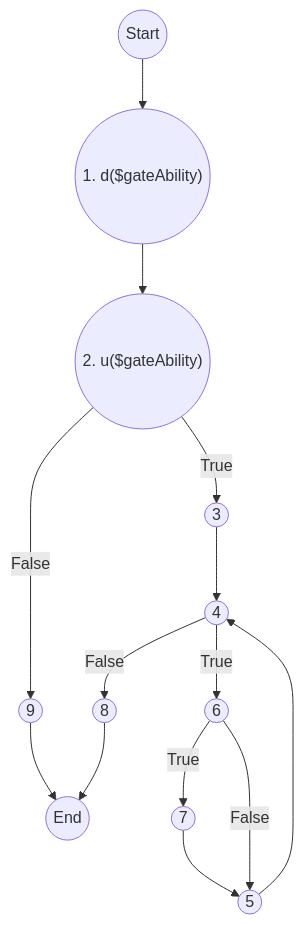
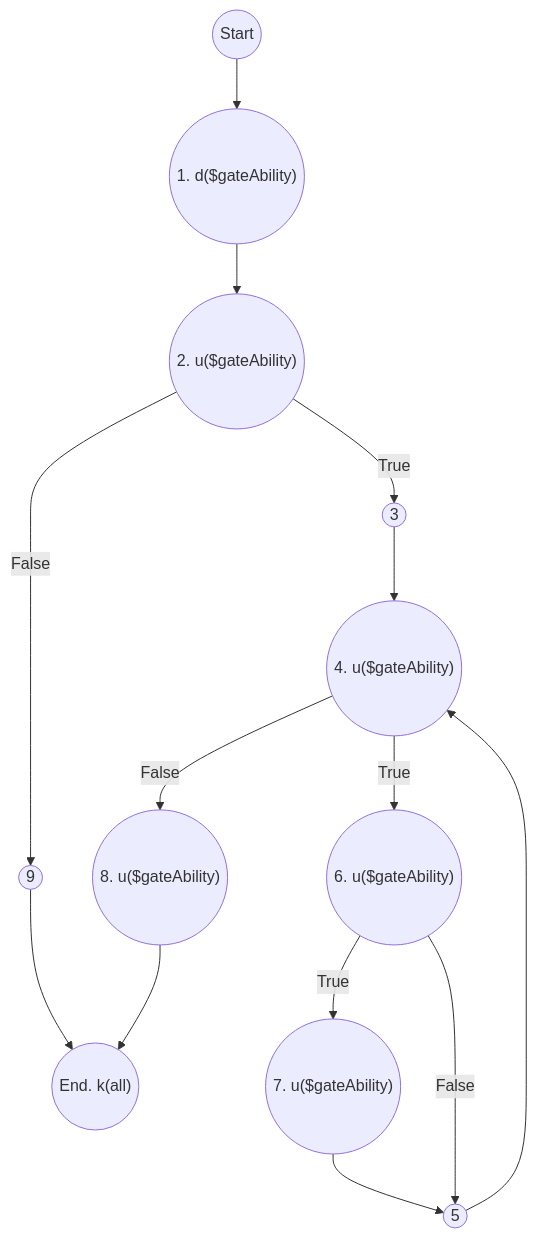
One commit to tienminhvy/ghnotes changed the second of 3 diagrams in _posts/2023-11-29-KTPM.md. Above: the diagram before and after it, drawn with Mermaid. The commit also changed other lines of this file, not shown here.

````diff
--- a/_posts/2023-11-29-KTPM.md
+++ b/_posts/2023-11-29-KTPM.md
@@ -134,22 +133,22 @@
 ```mermaid
 flowchart TD
 p0(("Start"))
 p1(("1. d($gateAbility)"))
 p2(("2. u($gateAbility)"))
 p3(("3"))
-p4(("4"))
+p4(("4. u($gateAbility)"))
 p5(("5"))
-p6(("6"))
-p7(("7"))
-p8(("8"))
+p6(("6. u($gateAbility)"))
+p7(("7. u($gateAbility)"))
+p8(("8. u($gateAbility)"))
 p9(("9"))
-pe(("End"))
+pe(("End. k(all)"))
 p0-->p1-->p2--False-->p9-->pe
 p2--True-->p3-->p4
 p4--False-->p8-->pe
 p4--True-->p6
 p6--True-->p7
 p7-->p5
 p6--False-->p5
 p5-->p4
 ```
````
